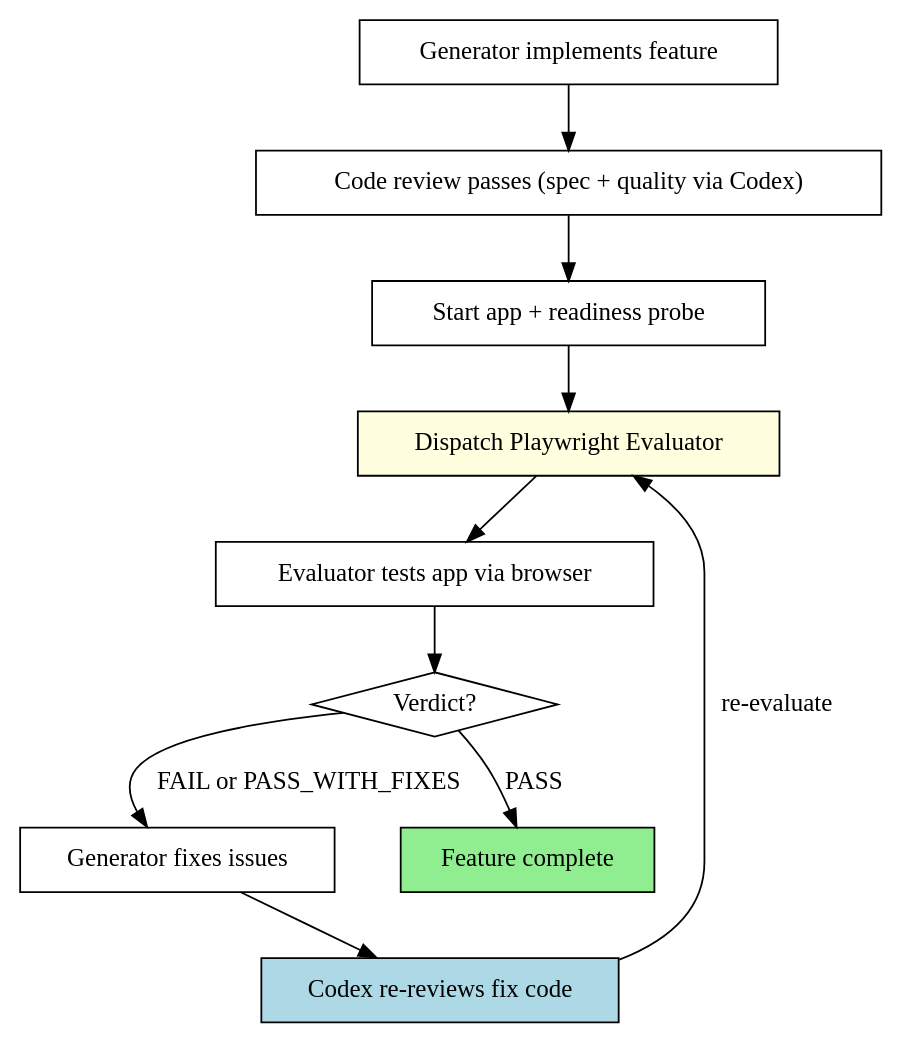
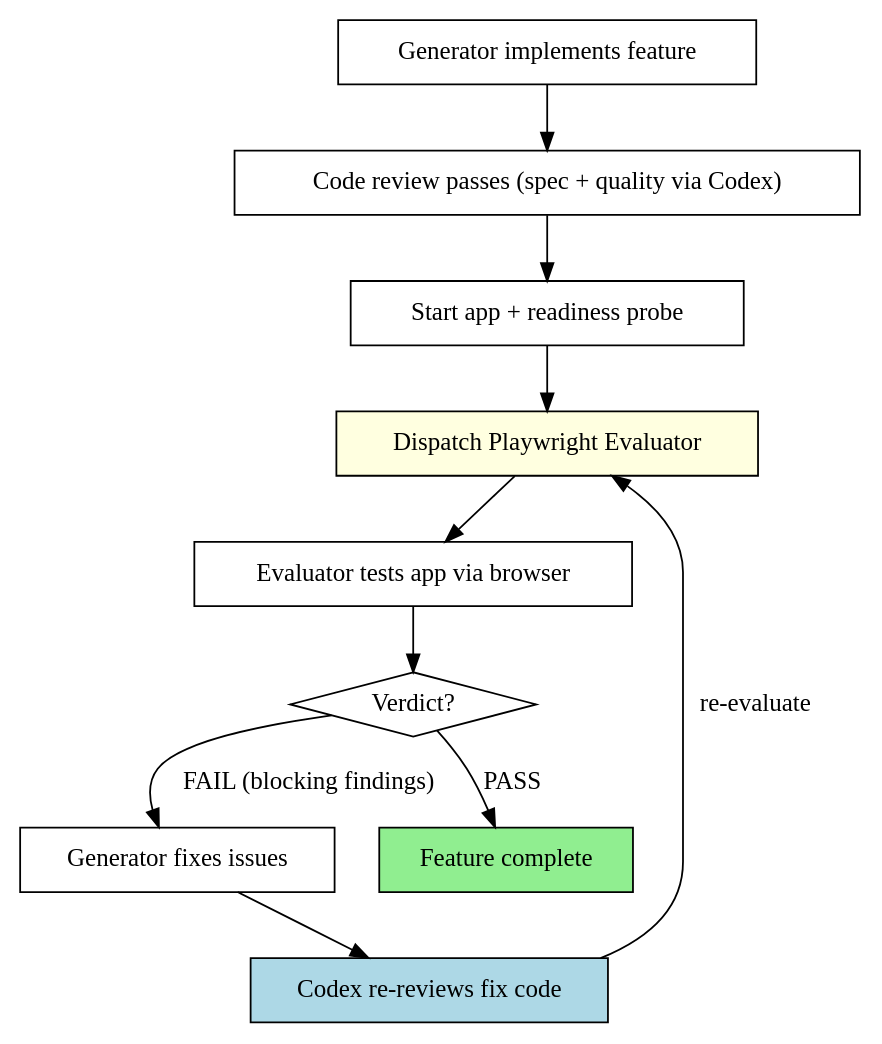
Before and after one commit to cateyelow/superpowers-custom: the second of 2 diagrams in skills/web-app-evaluation/SKILL.md, drawn with Graphviz. The commit also changed other lines of this file and 5 other files, not shown here.

````diff
--- a/skills/web-app-evaluation/SKILL.md
+++ b/skills/web-app-evaluation/SKILL.md
@@ -48,25 +48,25 @@
 ```dot
 digraph eval_loop {
     rankdir=TB;
 
     "Generator implements feature" [shape=box];
     "Code review passes (spec + quality via Codex)" [shape=box];
     "Start app + readiness probe" [shape=box];
     "Dispatch Playwright Evaluator" [shape=box style=filled fillcolor=lightyellow];
     "Evaluator tests app via browser" [shape=box];
     "Verdict?" [shape=diamond];
     "Generator fixes issues" [shape=box];
     "Codex re-reviews fix code" [shape=box style=filled fillcolor=lightblue];
     "Feature complete" [shape=box style=filled fillcolor=lightgreen];
 
     "Generator implements feature" -> "Code review passes (spec + quality via Codex)";
     "Code review passes (spec + quality via Codex)" -> "Start app + readiness probe";
     "Start app + readiness probe" -> "Dispatch Playwright Evaluator";
     "Dispatch Playwright Evaluator" -> "Evaluator tests app via browser";
     "Evaluator tests app via browser" -> "Verdict?";
-    "Verdict?" -> "Generator fixes issues" [label="FAIL or PASS_WITH_FIXES"];
+    "Verdict?" -> "Generator fixes issues" [label="FAIL (blocking findings)"];
     "Generator fixes issues" -> "Codex re-reviews fix code";
     "Codex re-reviews fix code" -> "Dispatch Playwright Evaluator" [label="re-evaluate"];
     "Verdict?" -> "Feature complete" [label="PASS"];
 }
 ```
````
